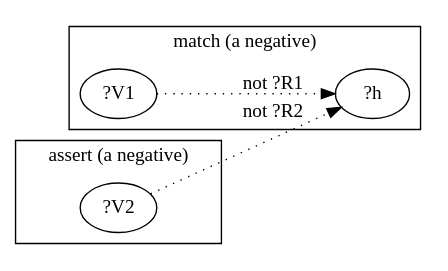
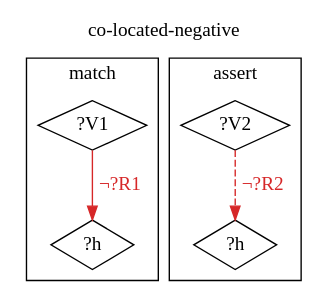
Before and after one commit to agutikov/ein: the third of 6 diagrams in docs/ein/user/02-guide/03-rule-families.md, drawn with Graphviz. The commit also changed other lines of this file and 8 other files, not shown here.

````diff
--- a/docs/ein/user/02-guide/03-rule-families.md
+++ b/docs/ein/user/02-guide/03-rule-families.md
@@ -95,6 +104,16 @@
 ```dot
-digraph { rankdir=LR;
-  subgraph cluster_m { label="match (a negative)";  "?V1" -> "?h" [label="not ?R1", style=dotted]; }
-  subgraph cluster_a { label="assert (a negative)"; "?V2" -> "?h" [label="not ?R2", style=dotted]; }
+digraph rule_co_located_negative_lhs_rhs {
+  rankdir=TB;
+  label="co-located-negative"; labelloc=t;
+  subgraph cluster_lhs { label="match";
+    "?V1_L" [label="?V1", shape=diamond];
+    "?h_L" [label="?h", shape=diamond];
+    "?V1_L" -> "?h_L" [label="¬?R1", color="#d62728", fontcolor="#d62728"];
+  }
+  subgraph cluster_rhs { label="assert";
+    "?V2_R" [label="?V2", shape=diamond];
+    "?h_R" [label="?h", shape=diamond];
+    "?V2_R" -> "?h_R" [label="¬?R2", color="#d62728", fontcolor="#d62728", style=dashed];
+  }
 }
 ```
````
